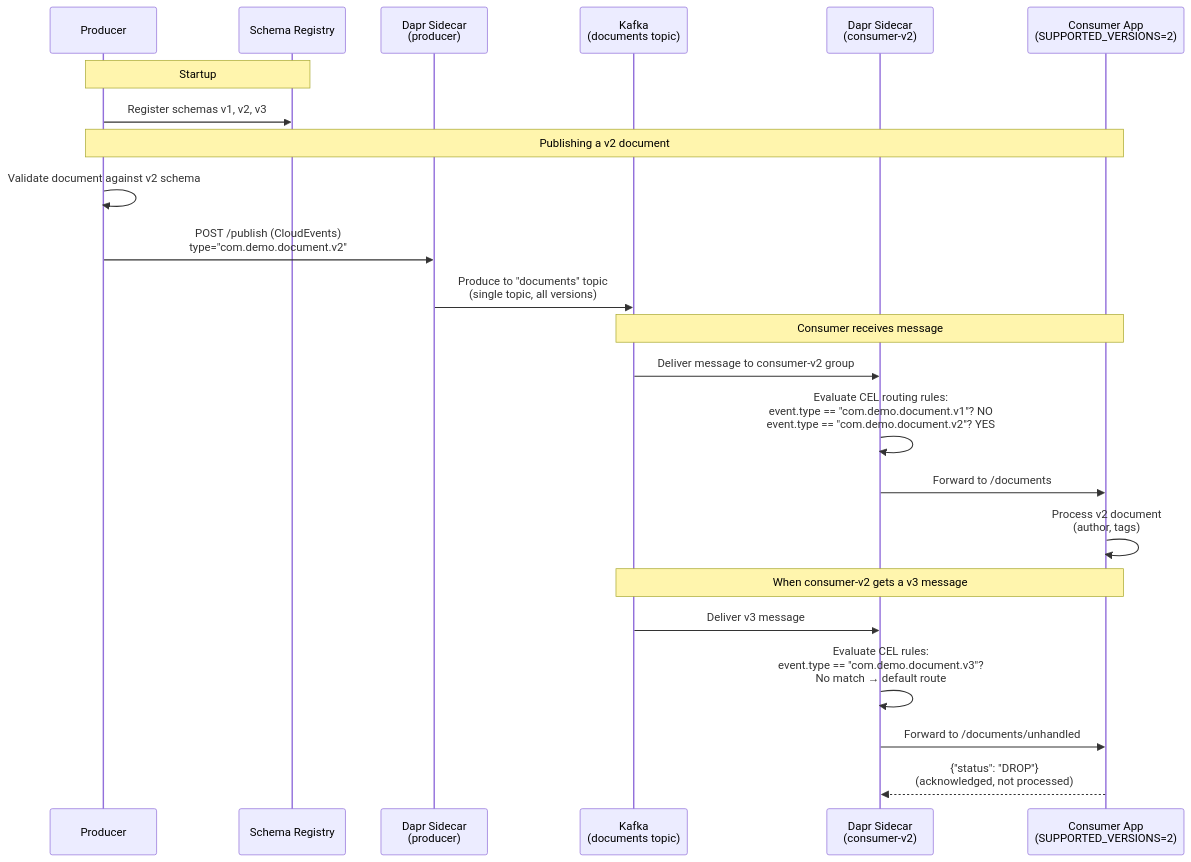
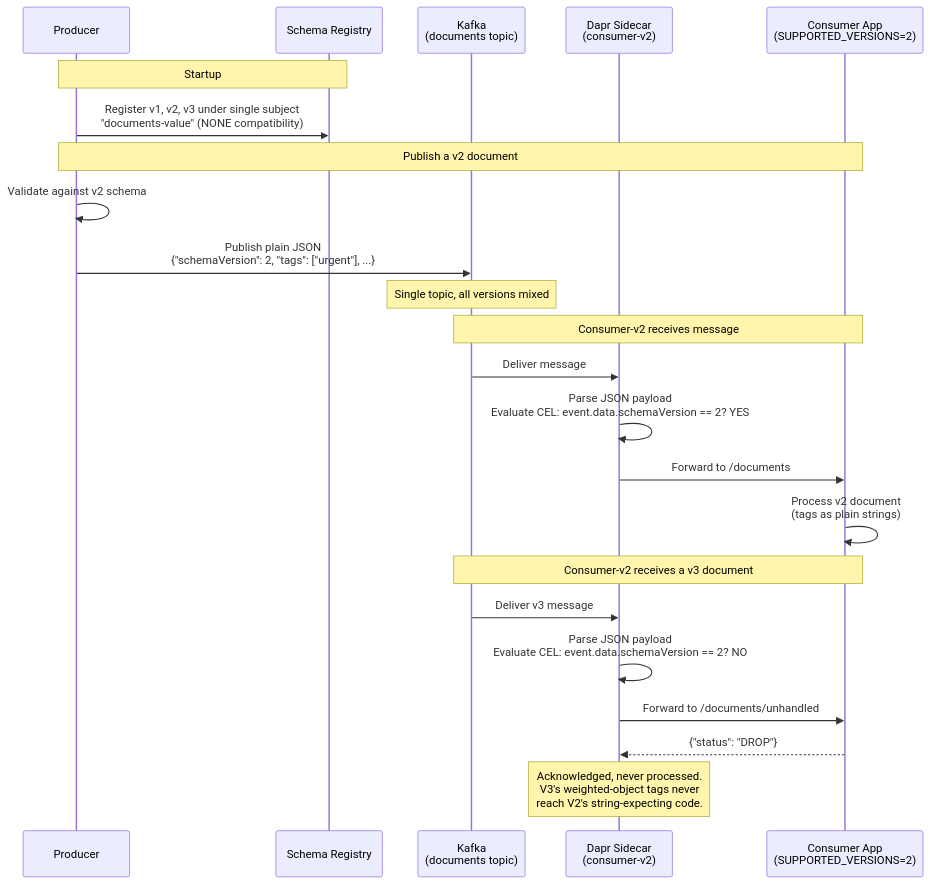
One commit to righteouslabs/experiments-kubernetes changed the second of 4 diagrams in README.md. Above: the diagram before and after it, drawn with Mermaid. The commit also changed other lines of this file and 6 other files, not shown here.

````diff
--- a/README.md
+++ b/README.md
@@ -249,29 +65,29 @@
 ```mermaid
 sequenceDiagram
     participant P as Producer
     participant SR as Schema Registry
-    participant D1 as Dapr Sidecar<br/>(producer)
     participant K as Kafka<br/>(documents topic)
     participant D2 as Dapr Sidecar<br/>(consumer-v2)
     participant C as Consumer App<br/>(SUPPORTED_VERSIONS=2)
 
     Note over P,SR: Startup
-    P->>SR: Register schemas v1, v2, v3
+    P->>SR: Register v1, v2, v3 under single subject<br/>"documents-value" (NONE compatibility)
 
-    Note over P,C: Publishing a v2 document
-    P->>P: Validate document against v2 schema
-    P->>D1: POST /publish (CloudEvents)<br/>type="com.demo.document.v2"
-    D1->>K: Produce to "documents" topic<br/>(single topic, all versions)
+    Note over P,C: Publish a v2 document
+    P->>P: Validate against v2 schema
+    P->>K: Publish plain JSON<br/>{"schemaVersion": 2, "tags": ["urgent"], ...}
+    Note over K: Single topic, all versions mixed
 
-    Note over K,C: Consumer receives message
-    K->>D2: Deliver message to consumer-v2 group
-    D2->>D2: Evaluate CEL routing rules:<br/>event.type == "com.demo.document.v1"? NO<br/>event.type == "com.demo.document.v2"? YES
+    Note over K,C: Consumer-v2 receives message
+    K->>D2: Deliver message
+    D2->>D2: Parse JSON payload<br/>Evaluate CEL: event.data.schemaVersion == 2? YES
     D2->>C: Forward to /documents
-    C->>C: Process v2 document<br/>(author, tags)
+    C->>C: Process v2 document<br/>(tags as plain strings)
 
-    Note over K,C: When consumer-v2 gets a v3 message
+    Note over K,C: Consumer-v2 receives a v3 document
     K->>D2: Deliver v3 message
-    D2->>D2: Evaluate CEL rules:<br/>event.type == "com.demo.document.v3"?<br/>No match → default route
+    D2->>D2: Parse JSON payload<br/>Evaluate CEL: event.data.schemaVersion == 2? NO
     D2->>C: Forward to /documents/unhandled
-    C-->>D2: {"status": "DROP"}<br/>(acknowledged, not processed)
+    C-->>D2: {"status": "DROP"}
+    Note over D2: Acknowledged, never processed.<br/>V3's weighted-object tags never<br/>reach V2's string-expecting code.
 ```
````
